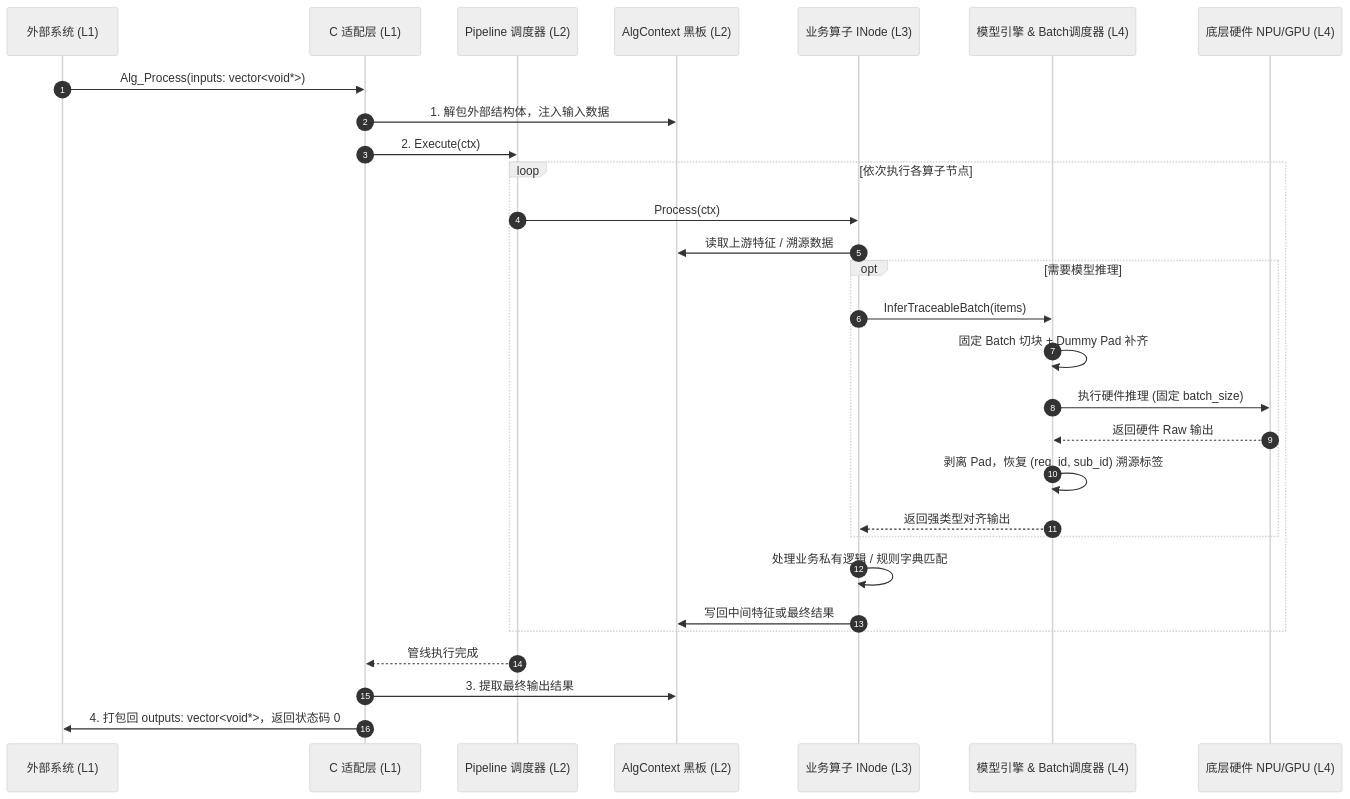
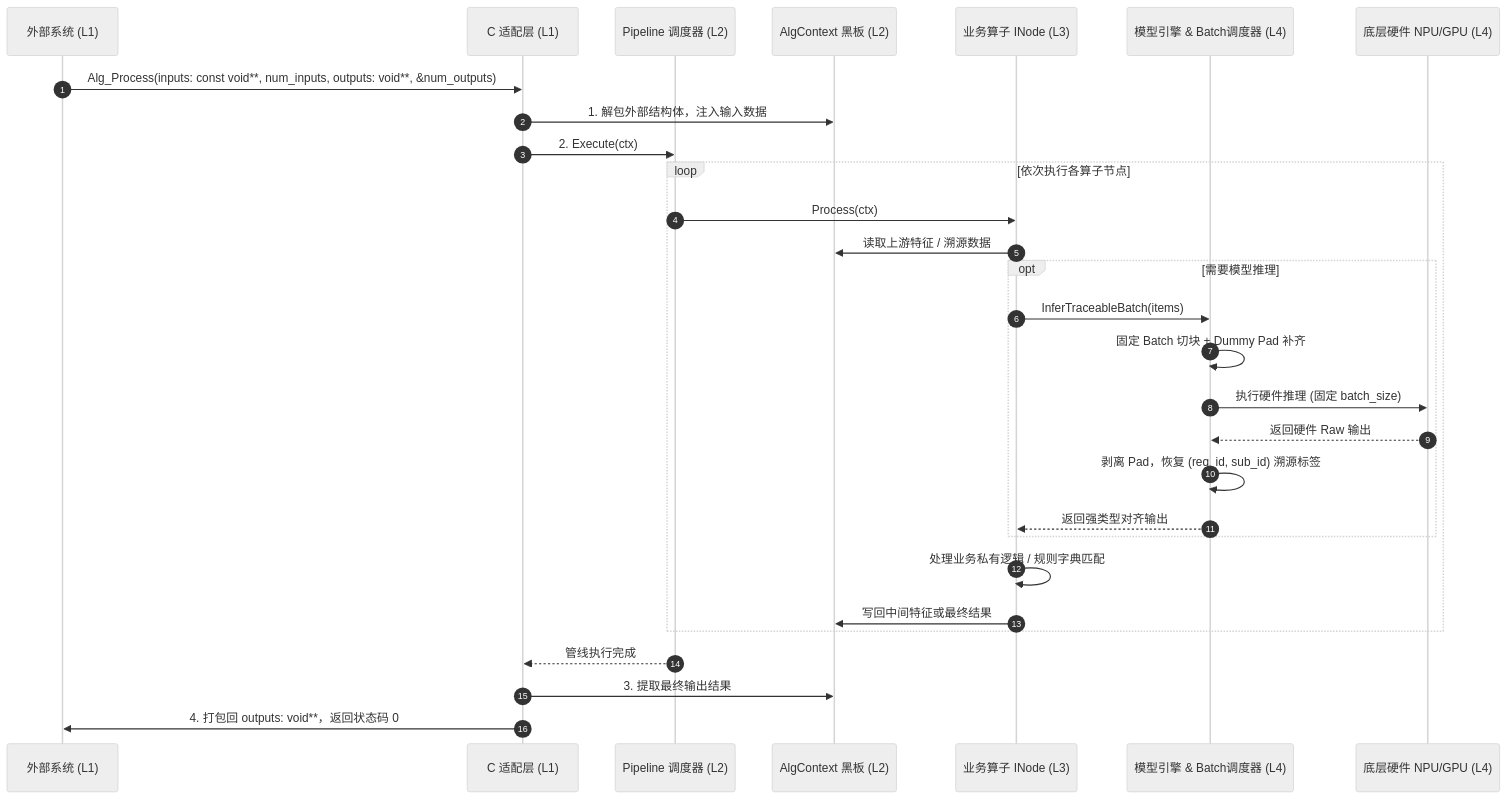
The second of 2 diagrams in doc/architecture.md (chamsechan/LLM-EdgeFlow), drawn with Mermaid (neutral theme) before and after one commit. The commit also changed other lines of this file and 9 other files, not shown here.

````diff
--- a/doc/architecture.md
+++ b/doc/architecture.md
@@ -135,34 +135,34 @@
 ```mermaid
 sequenceDiagram
     autonumber
     participant App as 外部系统 (L1)
     participant Adapter as C 适配层 (L1)
     participant Pipe as Pipeline 调度器 (L2)
     participant Ctx as AlgContext 黑板 (L2)
     participant Node as 业务算子 INode (L3)
     participant Engine as 模型引擎 & Batch调度器 (L4)
     participant HW as 底层硬件 NPU/GPU (L4)
 
-    App->>Adapter: Alg_Process(inputs: vector<void*>)
+    App->>Adapter: Alg_Process(inputs: const void**, num_inputs, outputs: void**, &num_outputs)
     Adapter->>Ctx: 1. 解包外部结构体，注入输入数据
     Adapter->>Pipe: 2. Execute(ctx)
     
     loop 依次执行各算子节点
         Pipe->>Node: Process(ctx)
         Node->>Ctx: 读取上游特征 / 溯源数据
         opt 需要模型推理
             Node->>Engine: InferTraceableBatch(items)
             Engine->>Engine: 固定 Batch 切块 + Dummy Pad 补齐
             Engine->>HW: 执行硬件推理 (固定 batch_size)
             HW-->>Engine: 返回硬件 Raw 输出
             Engine->>Engine: 剥离 Pad，恢复 (req_id, sub_id) 溯源标签
             Engine-->>Node: 返回强类型对齐输出
         end
         Node->>Node: 处理业务私有逻辑 / 规则字典匹配
         Node->>Ctx: 写回中间特征或最终结果
     end
 
     Pipe-->>Adapter: 管线执行完成
     Adapter->>Ctx: 3. 提取最终输出结果
-    Adapter->>App: 4. 打包回 outputs: vector<void*>，返回状态码 0
+    Adapter->>App: 4. 打包回 outputs: void**，返回状态码 0
 ```
````
